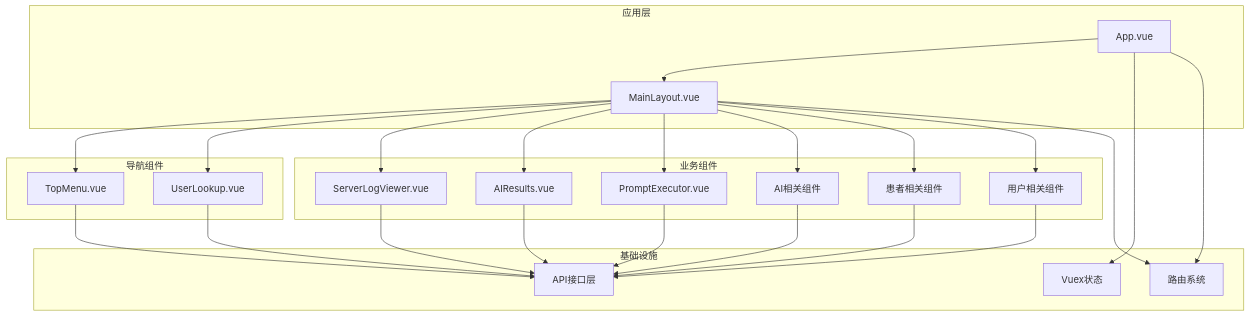
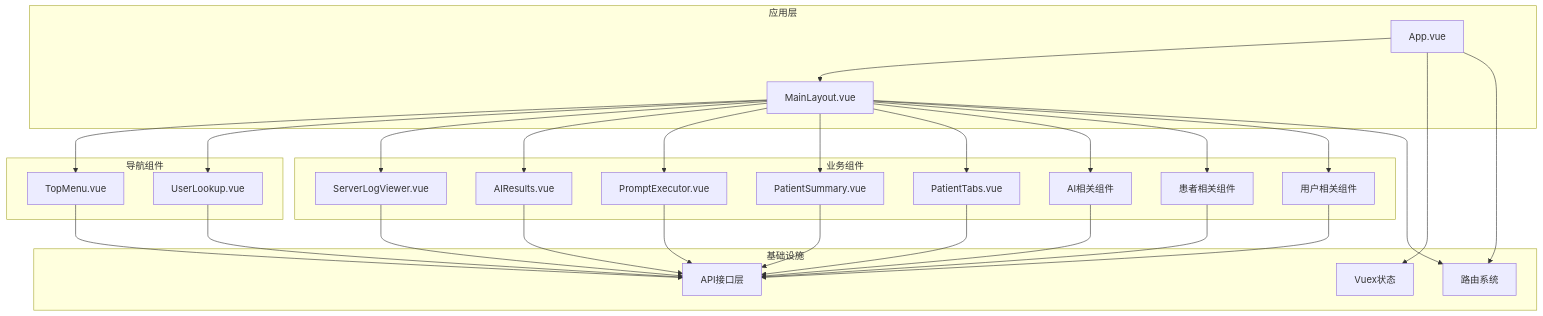
Diagram 17 of 18 in .qoder/repowiki/zh/content/Vue Component Documentation.md (liuzh2008/med_ai_assistant_workspace), drawn with Mermaid before and after one commit. The commit also changed other lines of this file and 9 other files, not shown here.

````diff
--- a/.qoder/repowiki/zh/content/Vue Component Documentation.md
+++ b/.qoder/repowiki/zh/content/Vue Component Documentation.md
@@ -539,44 +717,50 @@
 ```mermaid
 graph TD
 subgraph "应用层"
 App[App.vue]
 MainLayout[MainLayout.vue]
 end
 subgraph "导航组件"
 TopMenu[TopMenu.vue]
 UserLookup[UserLookup.vue]
 end
 subgraph "业务组件"
 ServerLogViewer[ServerLogViewer.vue]
 AIResults[AIResults.vue]
 PromptExecutor[PromptExecutor.vue]
+PatientSummary[PatientSummary.vue]
+PatientTabs[PatientTabs.vue]
 AIComponents[AI相关组件]
 PatientComponents[患者相关组件]
 UserComponents[用户相关组件]
 end
 subgraph "基础设施"
 API[API接口层]
 Store[Vuex状态]
 Router[路由系统]
 end
 App --> MainLayout
 MainLayout --> TopMenu
 MainLayout --> UserLookup
 MainLayout --> ServerLogViewer
 MainLayout --> AIResults
 MainLayout --> PromptExecutor
+MainLayout --> PatientSummary
+MainLayout --> PatientTabs
 MainLayout --> AIComponents
 MainLayout --> PatientComponents
 MainLayout --> UserComponents
 TopMenu --> API
 UserLookup --> API
 ServerLogViewer --> API
 AIResults --> API
 PromptExecutor --> API
+PatientSummary --> API
+PatientTabs --> API
 AIComponents --> API
 PatientComponents --> API
 UserComponents --> API
 App --> Store
 App --> Router
 MainLayout --> Router
 ```
````
